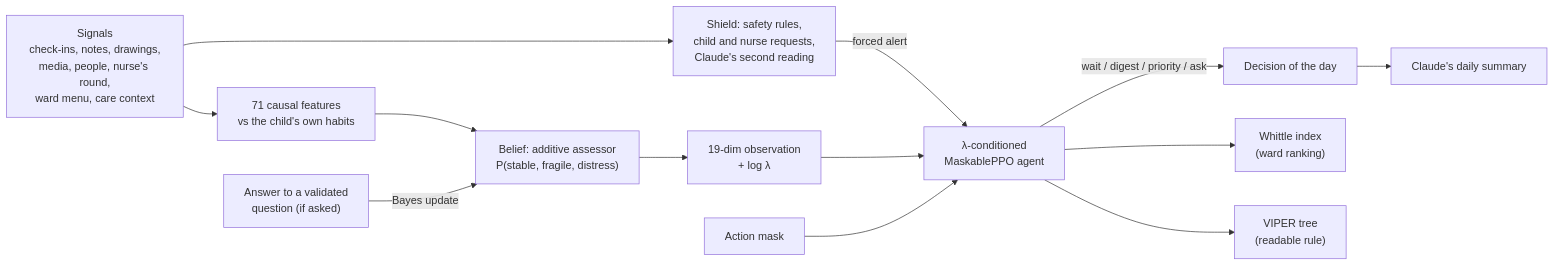
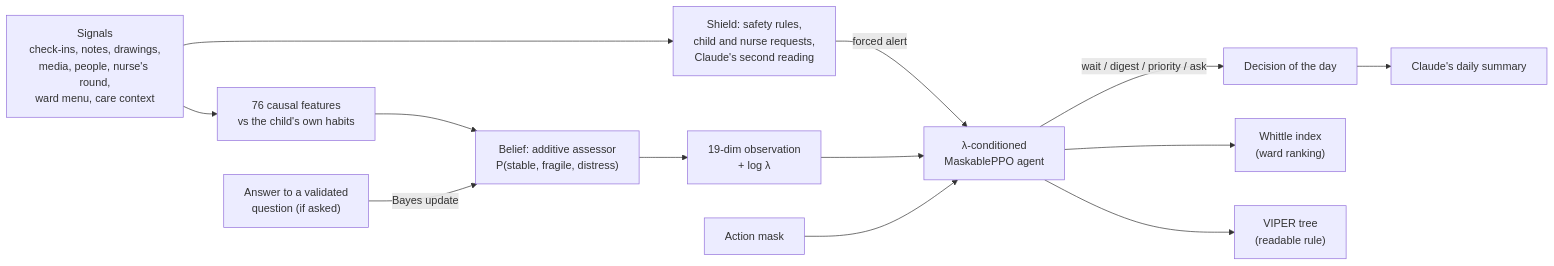
The diagram in ml/RL_ARCHITECTURE.md (beline-y/closer), drawn with Mermaid before and after one commit. The commit also changed other lines of this file and 15 other files, not shown here.

First line of the commit message:
feat(ml): analyze every drawing and compare it with the child's own

````diff
--- a/ml/RL_ARCHITECTURE.md
+++ b/ml/RL_ARCHITECTURE.md
@@ -18,15 +18,15 @@
 ```mermaid
 flowchart LR
-    S["Signals<br/>check-ins, notes, drawings,<br/>media, people, nurse's round,<br/>ward menu, care context"] --> F["71 causal features<br/>vs the child's own habits"]
+    S["Signals<br/>check-ins, notes, drawings,<br/>media, people, nurse's round,<br/>ward menu, care context"] --> F["76 causal features<br/>vs the child's own habits"]
     F --> B["Belief: additive assessor<br/>P(stable, fragile, distress)"]
     Q["Answer to a validated<br/>question (if asked)"] -->|Bayes update| B
     B --> O["19-dim observation<br/>+ log λ"]
     S --> SH["Shield: safety rules,<br/>child and nurse requests,<br/>Claude's second reading"]
     SH -->|forced alert| A
     O --> A["λ-conditioned<br/>MaskablePPO agent"]
     M["Action mask"] --> A
     A -->|wait / digest / priority / ask| D["Decision of the day"]
     A --> W["Whittle index<br/>(ward ranking)"]
     A --> V["VIPER tree<br/>(readable rule)"]
     D --> C["Claude's daily summary"]
 ```
````
